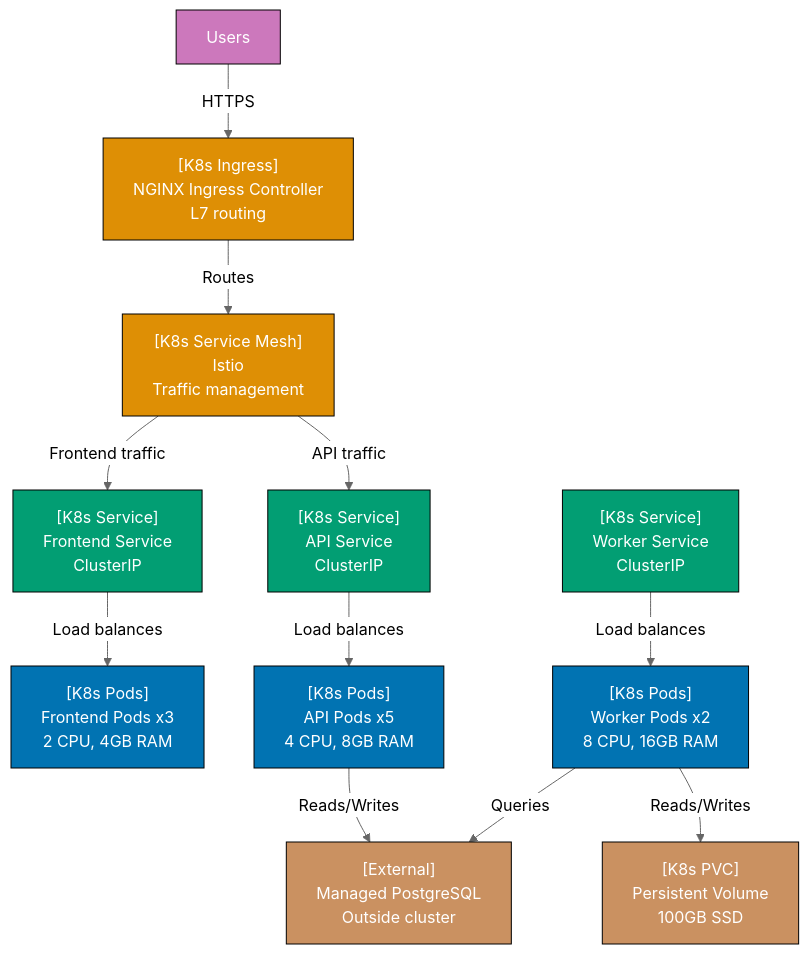
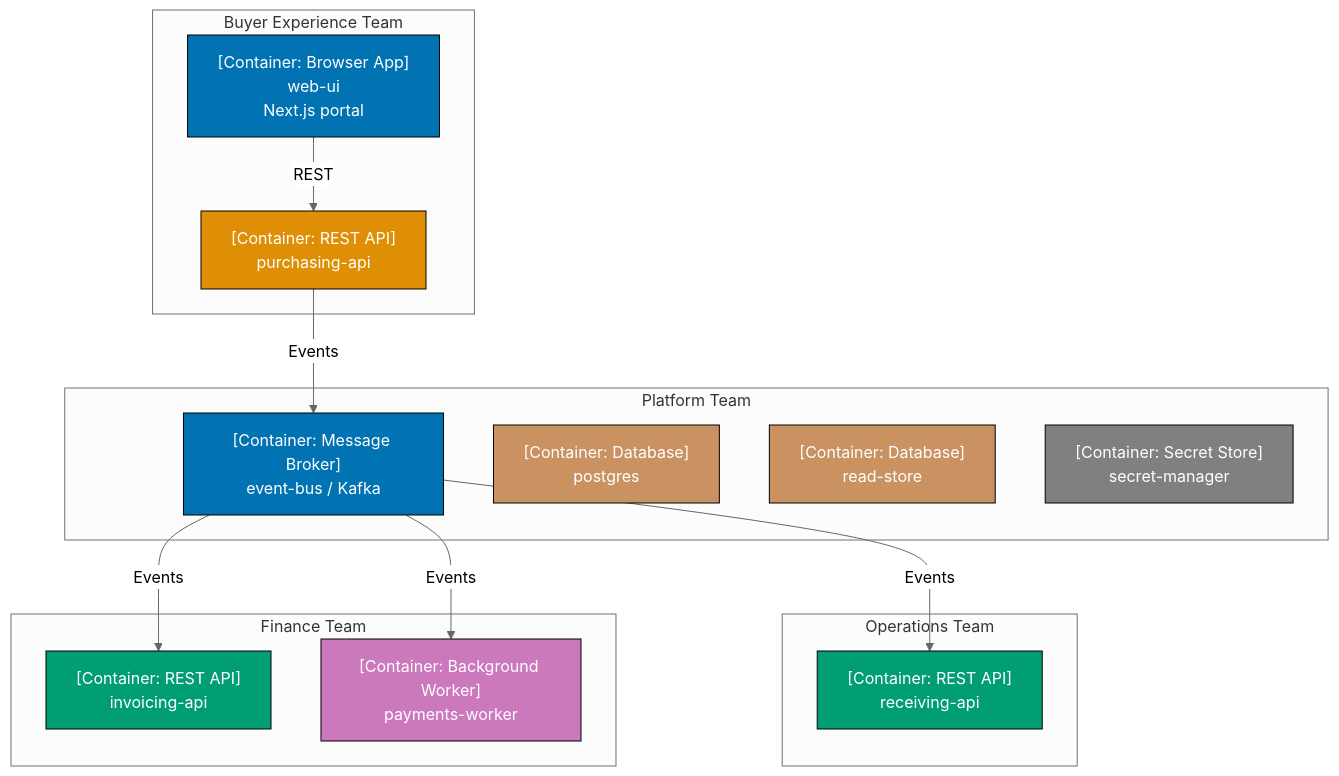
Diagram 15 of 30 in apps/ayokoding-web/content/en/learn/software-engineering/architecture/c4-architecture-model/by-example/intermediate.md (wahidyankf/open-sharia-enterprise), drawn with Mermaid (neutral theme) before and after one commit. The commit also changed other lines of this file and 38 other files, not shown here.

First line of the commit message:
docs(ayokoding-web): unify architecture tutorials on shared P2P domain

````diff
--- a/apps/ayokoding-web/content/en/learn/software-engineering/architecture/c4-architecture-model/by-example/intermediate.md
+++ b/apps/ayokoding-web/content/en/learn/software-engineering/architecture/c4-architecture-model/by-example/intermediate.md
@@ -547,46 +607,39 @@
 ```mermaid
 graph TD
-    Users["Users"]
+    subgraph BuyerTeam["Buyer Experience Team"]
+        WebUI["[Container: Browser App]<br/>web-ui<br/>Next.js portal"]
+        PurchAPI["[Container: REST API]<br/>purchasing-api"]
+    end
 
-    Ingress["[K8s Ingress]<br/>NGINX Ingress Controller<br/>L7 routing"]
+    subgraph OperationsTeam["Operations Team"]
+        RecvAPI["[Container: REST API]<br/>receiving-api"]
+    end
 
-    ServiceMesh["[K8s Service Mesh]<br/>Istio<br/>Traffic management"]
+    subgraph FinanceTeam["Finance Team"]
+        InvAPI["[Container: REST API]<br/>invoicing-api"]
+        PayWorker["[Container: Background Worker]<br/>payments-worker"]
+    end
 
-    FrontendService["[K8s Service]<br/>Frontend Service<br/>ClusterIP"]
-    FrontendPods["[K8s Pods]<br/>Frontend Pods x3<br/>2 CPU, 4GB RAM"]
+    subgraph PlatformTeam["Platform Team"]
+        EventBus["[Container: Message Broker]<br/>event-bus / Kafka"]
+        PG["[Container: Database]<br/>postgres"]
+        ReadStore["[Container: Database]<br/>read-store"]
+        SecretMgr["[Container: Secret Store]<br/>secret-manager"]
+    end
 
-    APIService["[K8s Service]<br/>API Service<br/>ClusterIP"]
-    APIPods["[K8s Pods]<br/>API Pods x5<br/>4 CPU, 8GB RAM"]
+    WebUI -->|"REST"| PurchAPI
+    PurchAPI -->|"Events"| EventBus
+    EventBus -->|"Events"| RecvAPI
+    EventBus -->|"Events"| InvAPI
+    EventBus -->|"Events"| PayWorker
 
-    WorkerService["[K8s Service]<br/>Worker Service<br/>ClusterIP"]
-    WorkerPods["[K8s Pods]<br/>Worker Pods x2<br/>8 CPU, 16GB RAM"]
-
-    PVC["[K8s PVC]<br/>Persistent Volume<br/>100GB SSD"]
-
-    ExternalDB["[External]<br/>Managed PostgreSQL<br/>Outside cluster"]
-
-    Users -->|HTTPS| Ingress
-    Ingress -->|Routes| ServiceMesh
-    ServiceMesh -->|Frontend traffic| FrontendService
-    ServiceMesh -->|API traffic| APIService
-
-    FrontendService -->|Load balances| FrontendPods
-    APIService -->|Load balances| APIPods
-    WorkerService -->|Load balances| WorkerPods
-
-    APIPods -->|Reads/Writes| ExternalDB
-    WorkerPods -->|Reads/Writes| PVC
-    WorkerPods -->|Queries| ExternalDB
-
-    style Users fill:#CC78BC,stroke:#000,color:#fff
-    style Ingress fill:#DE8F05,stroke:#000,color:#fff
-    style ServiceMesh fill:#DE8F05,stroke:#000,color:#fff
-    style FrontendService fill:#029E73,stroke:#000,color:#fff
-    style FrontendPods fill:#0173B2,stroke:#000,color:#fff
-    style APIService fill:#029E73,stroke:#000,color:#fff
-    style APIPods fill:#0173B2,stroke:#000,color:#fff
-    style WorkerService fill:#029E73,stroke:#000,color:#fff
-    style WorkerPods fill:#0173B2,stroke:#000,color:#fff
-    style PVC fill:#CA9161,stroke:#000,color:#fff
-    style ExternalDB fill:#CA9161,stroke:#000,color:#fff
+    style WebUI fill:#0173B2,stroke:#000,color:#fff
+    style PurchAPI fill:#DE8F05,stroke:#000,color:#fff
+    style RecvAPI fill:#029E73,stroke:#000,color:#fff
+    style InvAPI fill:#029E73,stroke:#000,color:#fff
+    style PayWorker fill:#CC78BC,stroke:#000,color:#fff
+    style EventBus fill:#0173B2,stroke:#000,color:#fff
+    style PG fill:#CA9161,stroke:#000,color:#fff
+    style ReadStore fill:#CA9161,stroke:#000,color:#fff
+    style SecretMgr fill:#808080,stroke:#000,color:#fff
 ```
````
